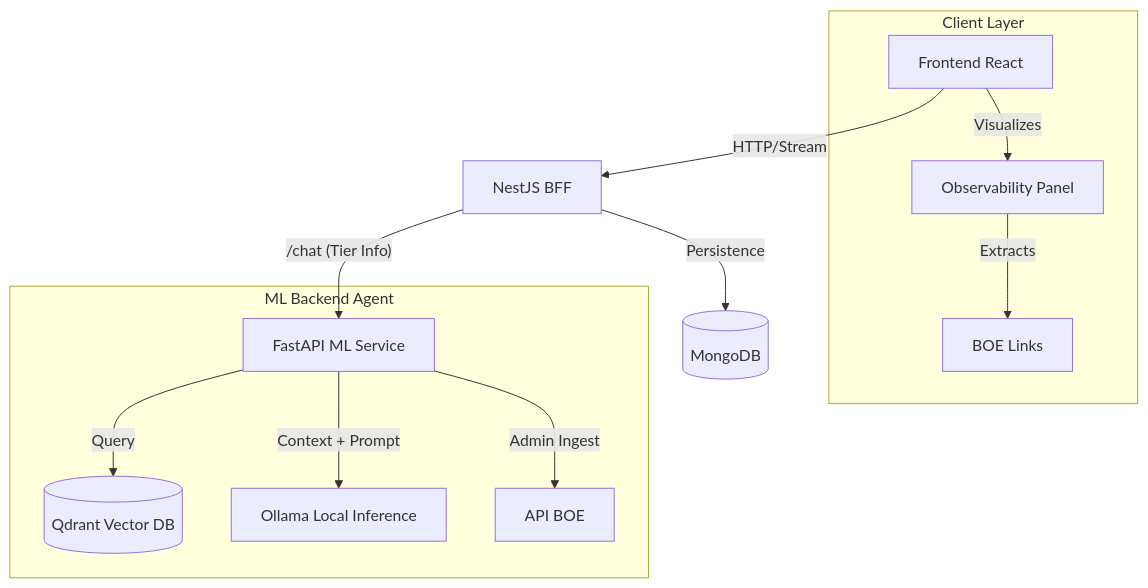
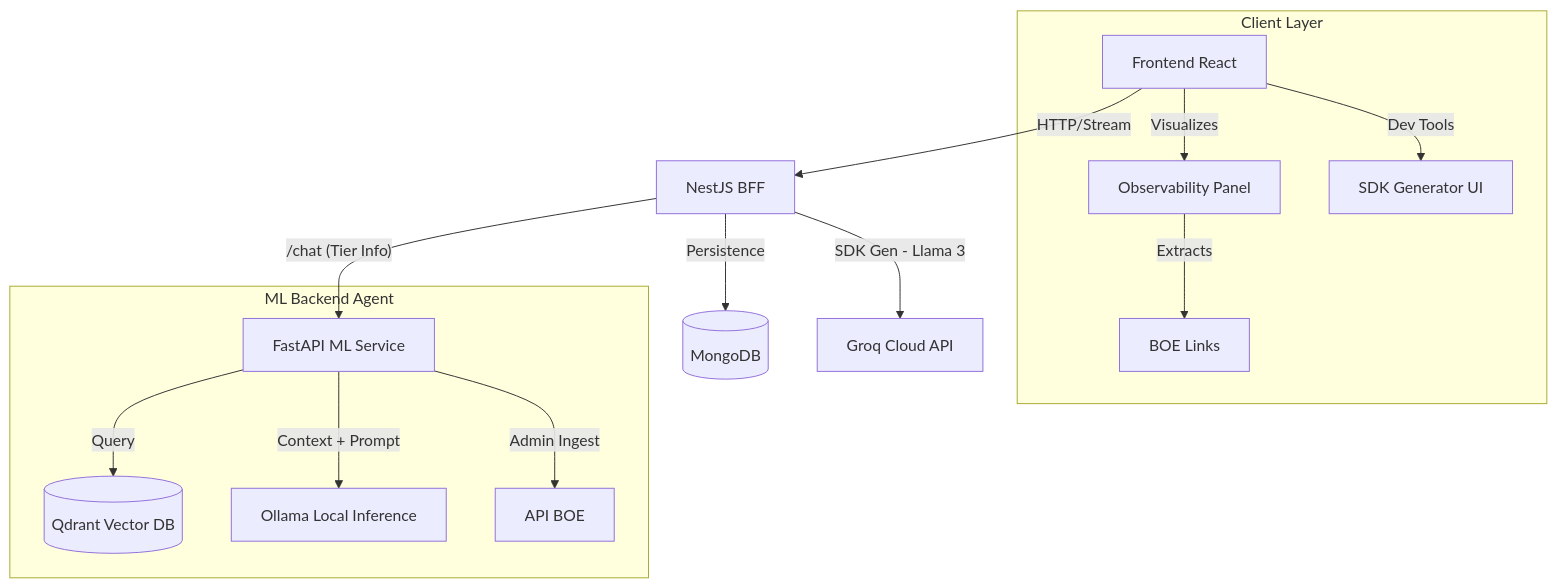
One commit to Carlos2MorenoM/justiniano changed the diagram in README.md. Above: the diagram before and after it, drawn with Mermaid. The commit also changed other lines of this file and 1 other file, not shown here.

````diff
--- a/README.md
+++ b/README.md
@@ -53,17 +55,19 @@
 ```mermaid
 graph TD
     Client[Frontend React] -->|HTTP/Stream| BFF[NestJS BFF]
     BFF -->|Persistence| Mongo[(MongoDB)]
     BFF -->|"/chat (Tier Info)"| ML[FastAPI ML Service]
+    BFF -->|SDK Gen - Llama 3| Groq[Groq Cloud API]
     
     subgraph "Client Layer"
         Client -->|Visualizes| Metrics[Observability Panel]
+        Client -->|Dev Tools| SDK[SDK Generator UI]
         Metrics -->|Extracts| Sources[BOE Links]
     end
 
     subgraph "ML Backend Agent"
         ML -->|Query| Qdrant[(Qdrant Vector DB)]
         ML -->|Context + Prompt| Ollama[Ollama Local Inference]
         ML -->|Admin Ingest| BOE[API BOE]
     end
 ```
````
